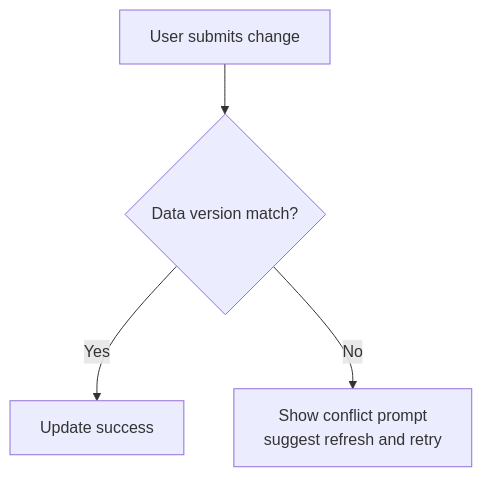
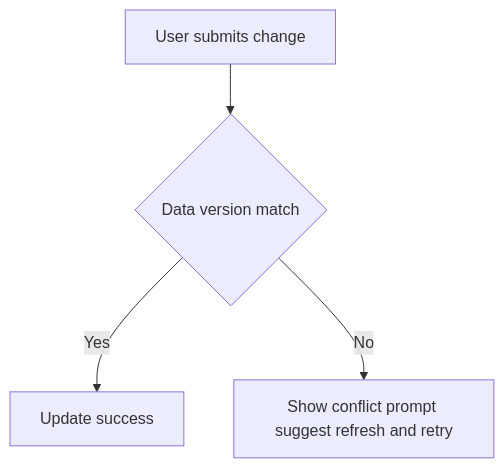
Before and after one commit to sacrtap/Opc_Kit: the fifth of 6 diagrams in create-prd/references/mermaid-rules.md, drawn with Mermaid. The commit also changed other lines of this file and 4 other files, not shown here.

First line of the commit message:
feat(create-prd): mermaid cross-engine compatibility, scoring weight fix, mandatory re-scoring

````diff
--- a/create-prd/references/mermaid-rules.md
+++ b/create-prd/references/mermaid-rules.md
@@ -137,6 +138,6 @@
 ```mermaid
 flowchart TD
-    A[User submits change] --> B{Data version match?}
+    A[User submits change] --> B{Data version match}
     B -->|Yes| C[Update success]
-    B -->|No| D[Show conflict prompt<br/>suggest refresh and retry]
+    B -->|No| D[Show conflict prompt suggest refresh and retry]
 ```
````
